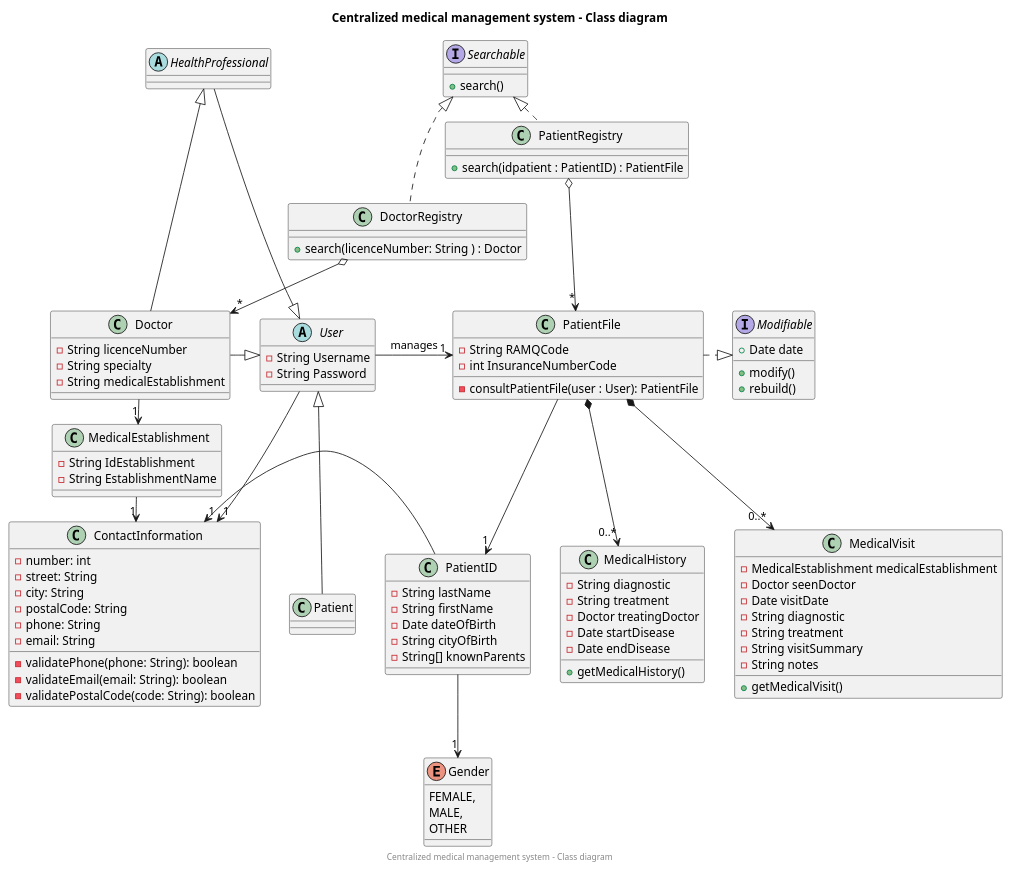
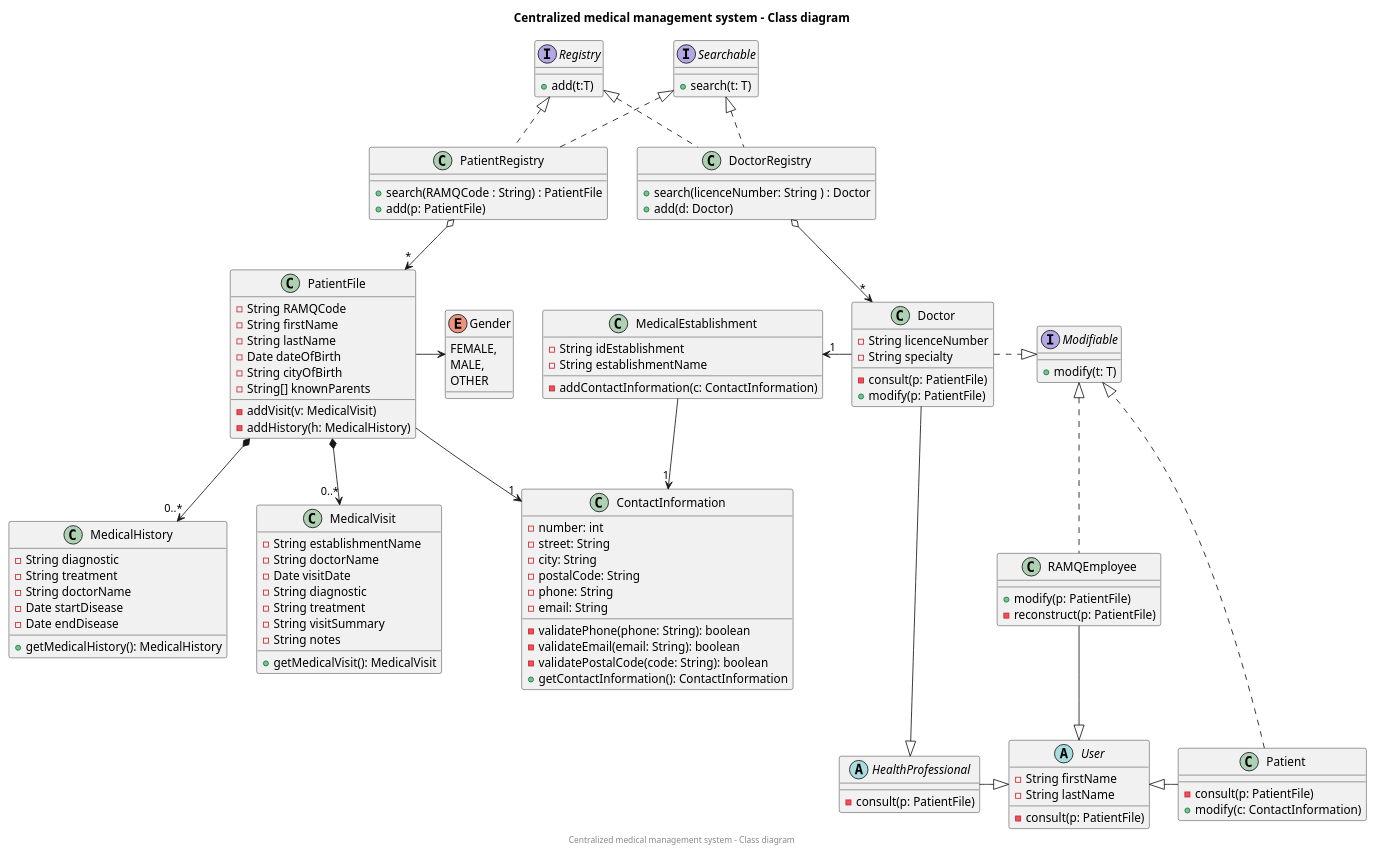
One commit to AmineSdi/PROJET_JAVAFX changed the diagram in Models/plantuml/class.puml. Above: the diagram before and after it, drawn with PlantUML. The commit also changed 1 other file, not shown here.

Commit message:
Complète diagramme de classes (codage par pairs)

```diff
--- a/Models/plantuml/class.puml
+++ b/Models/plantuml/class.puml
@@ -1,157 +1,197 @@
 @startuml
 title Centralized medical management system - Class diagram
 center footer Centralized medical management system - Class diagram
 
 ' TODO : Methods for each class.
 ' TODO : Add responsibilities? interfaces?
 ' TODO : clean up
 
 class PatientRegistry {
-+ search(idpatient : PatientID) : PatientFile
++ search(RAMQCode : String) : PatientFile
++ add(p: PatientFile)
 }
-PatientRegistry o-> "*" PatientFile
+PatientRegistry o--> "*" PatientFile
+
+interface Registry{
+    +add(t:T)
+}
+Registry <|.. DoctorRegistry
+Registry <|.. PatientRegistry
+
 
 interface Searchable {
-+ search()
++ search(t: T)
 }
 Searchable <|.. DoctorRegistry
-Searchable <|. PatientRegistry
+Searchable <|.. PatientRegistry
 
 class DoctorRegistry {
 + search(licenceNumber: String ) : Doctor
++ add(d: Doctor)
 }
 DoctorRegistry o--> "*" Doctor
 
 class PatientFile{
      -String RAMQCode
-     -int InsuranceNumberCode
+     - String firstName
+     - String lastName
+     -Date dateOfBirth
+     -String cityOfBirth
+     -String[] knownParents
+'     -int InsuranceNumberCode
 '    -PatientID patientID
 '    -MedicalVisits[] medicalVisits
 '    -MedicalHistory[] medicalHistory
 
     'PRIVATE METHODS
-    - consultPatientFile(user : User): PatientFile
+    - addVisit(v: MedicalVisit)
+    - addHistory(h: MedicalHistory)
 }
 
 abstract class User{
-- String Username
-- String Password
+- String firstName
+- String lastName
+'- String username
+'- String password
+- consult(p: PatientFile)
+'- modify()
+}
 
+class RAMQEmployee {
++ modify(p: PatientFile)
+- reconstruct(p: PatientFile)
+}
+RAMQEmployee --|> User
+
+Patient ..|> Modifiable
+Doctor .|> Modifiable
+Modifiable <|.. RAMQEmployee
+
+'class Patient{
+'{method}
+'}
+
+'User <|-- Patient
+'User ->"1" PatientFile : manages
+'User -->"1" ContactInformation
+
+
+abstract class HealthProfessional{
+-consult(p: PatientFile)
+'-modify()
 }
 
 
 
-
-class Patient{
-{method}
-}
-
-User <|-- Patient
-User ->"1" PatientFile : manages
-User -->"1" ContactInformation
-
-
-abstract class HealthProfessional{
-{method}
-}
-
-HealthProfessional ^--- Doctor
+Doctor --|> HealthProfessional
 HealthProfessional -|> User
 
 class MedicalEstablishment{
 
-- String IdEstablishment
-- String EstablishmentName
-
+- String idEstablishment
+- String establishmentName
+- addContactInformation(c: ContactInformation)
 }
 MedicalEstablishment ->"1" ContactInformation
-Doctor ->"1" MedicalEstablishment
+MedicalEstablishment "1" <- Doctor
+
+
 
 class MedicalHistory{
     -String diagnostic
     -String treatment
-    -Doctor treatingDoctor
+    -String doctorName
     -Date startDisease
     -Date endDisease
 '   -DatePair datePair
-{method} + getMedicalHistory()
+{method} + getMedicalHistory(): MedicalHistory
+'    +getDoctorName(): String
 }
 
 class MedicalVisit{
-    -MedicalEstablishment medicalEstablishment
-    -Doctor seenDoctor
+    -String establishmentName
+    -String doctorName
     -Date visitDate
     -String diagnostic
     -String treatment
     -String visitSummary
     -String notes
-{method} +getMedicalVisit()
+    +getMedicalVisit(): MedicalVisit
+'    +getDoctorName(): String
+'    +getEstablishmentName(): String
 }
 
 class Doctor{
     -String licenceNumber
     -String specialty
-    -String medicalEstablishment
-{method}
+'    -String medicalEstablishment
 
+    -consult(p: PatientFile)
+    +modify(p: PatientFile)
 }
 
-class PatientID {
-    -String lastName
-    -String firstName
-    -Date dateOfBirth
-    -String cityOfBirth
-    -String[] knownParents
+class Patient {
+'    -String lastName
+'    -String firstName
+'    -Date dateOfBirth
+'    -String cityOfBirth
+'    -String[] knownParents
+    -consult(p: PatientFile)
+'    +modify(p: PatientFile)
+'    -consult(c: ContactInformation)
+    +modify(c: ContactInformation)
 }
 
 class ContactInformation {
     - number: int
     - street: String
     - city: String
     - postalCode: String
     - phone: String
     - email: String
 '    + modifyContactInfo()
     - validatePhone(phone: String): boolean
     - validateEmail(email: String): boolean
     - validatePostalCode(code: String): boolean
+    + getContactInformation(): ContactInformation
 }
 
 'class Interface{
 '}
 
 
 
 interface Modifiable {
-+ Date date
-{method}+modify()
-+rebuild()
+'    + Date date
+    {method}+modify(t: T)
 
 }
-PatientFile   .|> Modifiable
+'PatientFile   .|> Modifiable
 
 enum Gender{
     FEMALE,
     MALE,
     OTHER
 }
 
 'Interface -- Doctor
 'Interface -- PatientFile
 
 
-Doctor -|> User
+'Doctor -|> User
 
-PatientFile --> "1" PatientID
+'PatientFile --> "\t\t\tconcerns\r1" Patient
 PatientFile *--> "0..*" MedicalHistory
+'MedicalHistory <-* "0..*" PatientFile
 PatientFile *--> "0..*" MedicalVisit
 
+User <|- Patient
 
+'Patient -> Gender
+PatientFile -> Gender
 
-PatientID --> "1" Gender
-
-ContactInformation "1" <- PatientID
-
+'Patient --> "1" ContactInformation
+PatientFile --> "1" ContactInformation
 
 
 @enduml
```
